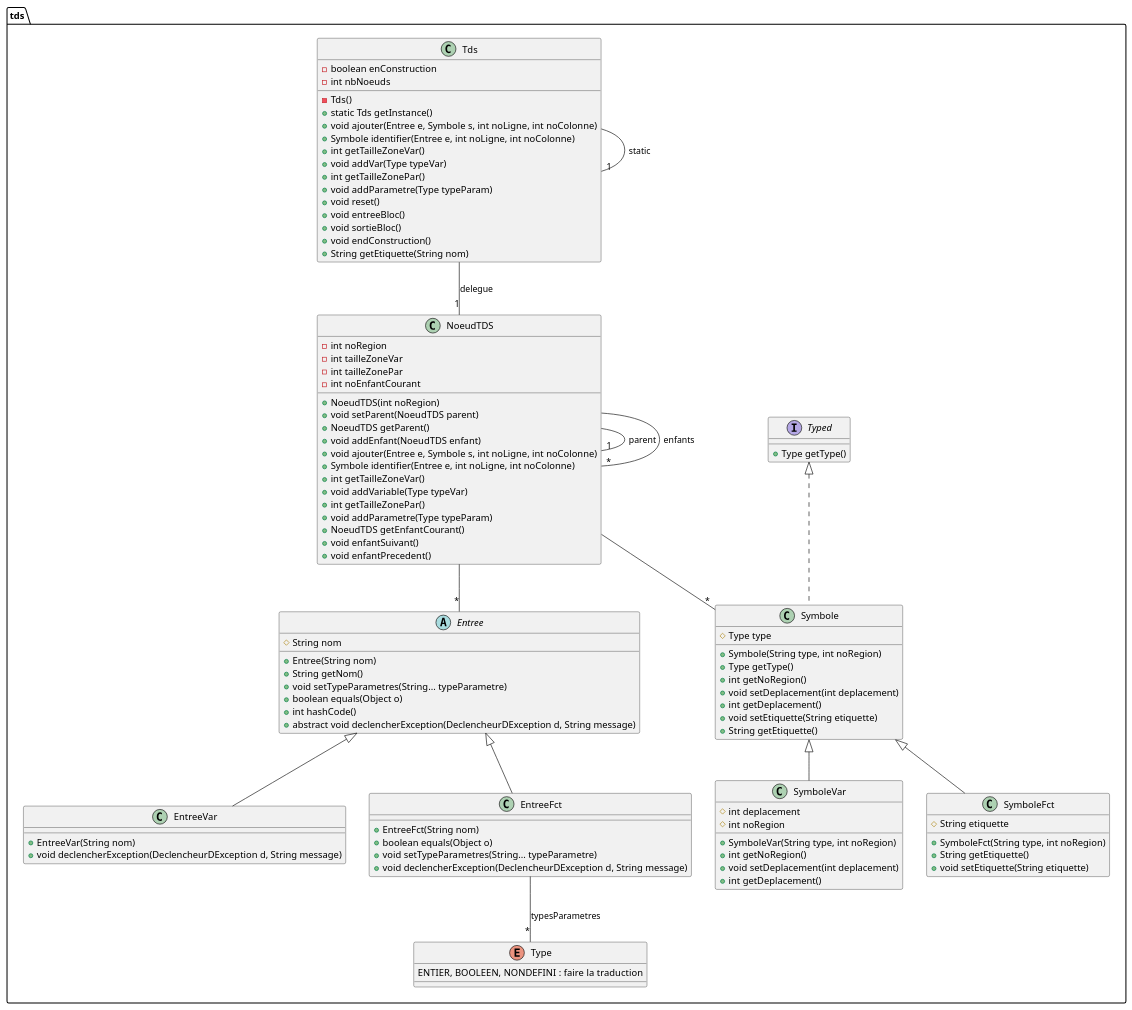
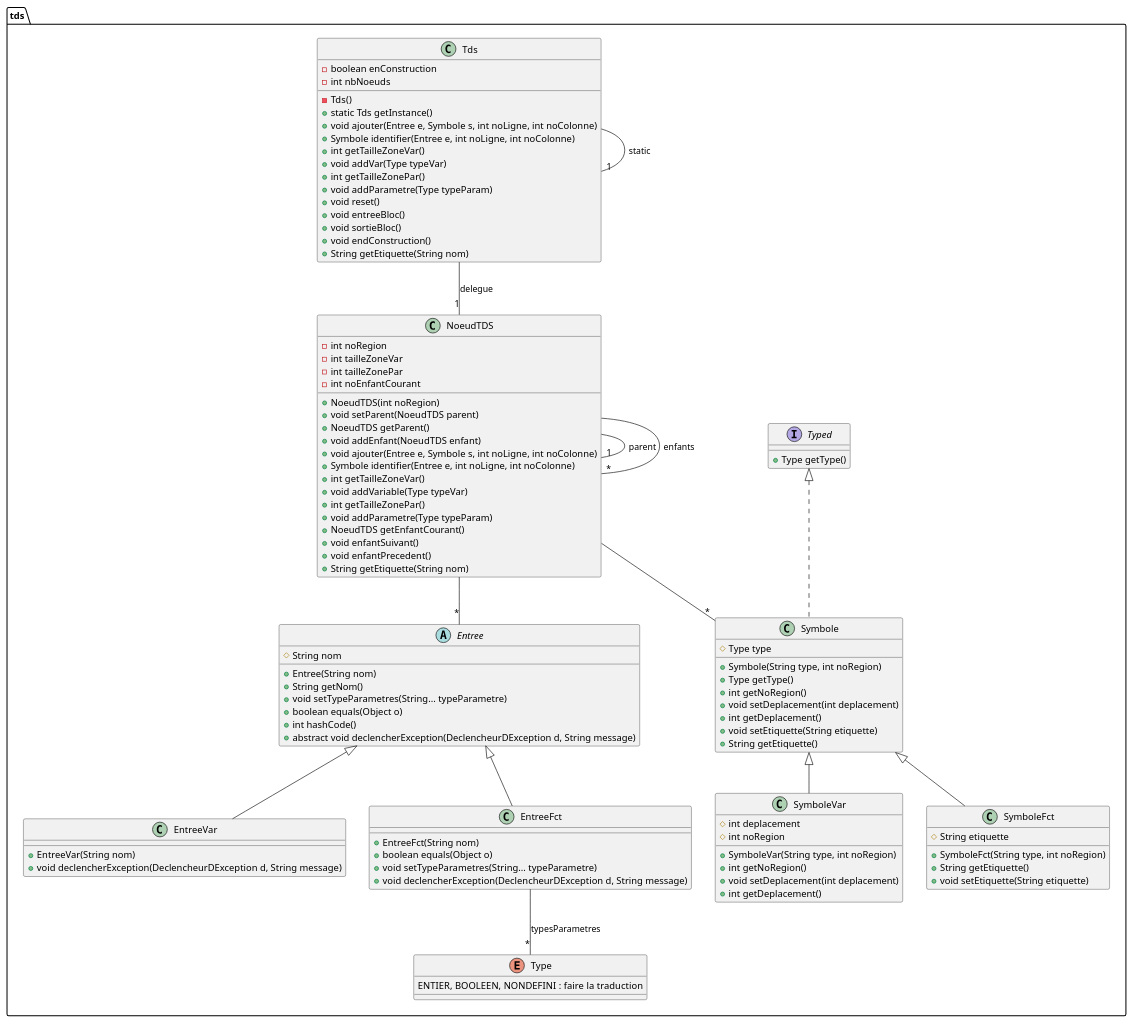
The diagram in src/Diagrammes/tds.puml (wehddn/L3-Compilation-Projet), drawn with PlantUML before and after one commit.

Commit message:
Modification minime de diagramme de NoeudTDS

```diff
--- a/src/Diagrammes/tds.puml
+++ b/src/Diagrammes/tds.puml
@@ -1,116 +1,117 @@
 @startuml
 together {
 	package tds {
 		together {
 
 			class Symbole implements Typed {
 				# Type type
 				+ Symbole(String type, int noRegion)
 				+ Type getType()
 				+ int getNoRegion()
 				+ void setDeplacement(int deplacement)
 				+ int getDeplacement()
 				+ void setEtiquette(String etiquette)
 				+ String getEtiquette()
 			}
 
 			class SymboleVar extends Symbole {
 				# int deplacement
 				# int noRegion
 				+ SymboleVar(String type, int noRegion)
 				+ int getNoRegion()
 				+ void setDeplacement(int deplacement)
 				+ int getDeplacement()
 			}
 
 			class SymboleFct extends Symbole {
 				# String etiquette
 				+ SymboleFct(String type, int noRegion)
 				+ String getEtiquette()
 				+ void setEtiquette(String etiquette)
 			}
 		}
 
 		together {
 			abstract class Entree {
 				# String nom
 				+ Entree(String nom)
 				+ String getNom()
 				+ void setTypeParametres(String... typeParametre)
 				+ boolean equals(Object o)
 				+ int hashCode()
 				+ abstract void declencherException(DeclencheurDException d, String message)
 			}
 
 			class EntreeVar extends Entree {
 				+ EntreeVar(String nom)
 				+ void declencherException(DeclencheurDException d, String message)
 			}
 
 			class EntreeFct extends Entree {
 				+ EntreeFct(String nom)
 				+ boolean equals(Object o)
 				+ void setTypeParametres(String... typeParametre)
 				+ void declencherException(DeclencheurDException d, String message)
 			}
 			EntreeFct --"*" Type : typesParametres
 		}
 
 		together {
 			class Tds {
 				- boolean enConstruction
 				- int nbNoeuds
 				- Tds()
 				+ static Tds getInstance()
 				+ void ajouter(Entree e, Symbole s, int noLigne, int noColonne)
 				+ Symbole identifier(Entree e, int noLigne, int noColonne)
 				+ int getTailleZoneVar()
 				+ void addVar(Type typeVar)
 				+ int getTailleZonePar()
 				+ void addParametre(Type typeParam)
 				+ void reset()
 				+ void entreeBloc()
 				+ void sortieBloc()
 				+ void endConstruction()
 				+ String getEtiquette(String nom)
 			}
 			Tds --"1" NoeudTDS : delegue
 			Tds --"1" Tds : static
 
 			class NoeudTDS {
 				- int noRegion
 				- int tailleZoneVar
 				- int tailleZonePar
 				- int noEnfantCourant
 				+ NoeudTDS(int noRegion)
 				+ void setParent(NoeudTDS parent)
 				+ NoeudTDS getParent()
 				+ void addEnfant(NoeudTDS enfant)
 				+ void ajouter(Entree e, Symbole s, int noLigne, int noColonne)
 				+ Symbole identifier(Entree e, int noLigne, int noColonne)
 				+ int getTailleZoneVar()
 				+ void addVariable(Type typeVar)
 				+ int getTailleZonePar()
 				+ void addParametre(Type typeParam)
 				+ NoeudTDS getEnfantCourant()
 				+ void enfantSuivant()
 				+ void enfantPrecedent()
+				+ String getEtiquette(String nom)
 			}
 			NoeudTDS --"*" Symbole
 			NoeudTDS --"*" Entree
 			NoeudTDS --"1" NoeudTDS : parent
 			NoeudTDS --"*" NoeudTDS : enfants
 		}
 
 		together {
 			enum Type {
 				ENTIER, BOOLEEN, NONDEFINI  : faire la traduction
 			}
 
 			Interface Typed {
 				+ Type getType()
 			}
 		}
 	}
 }
 @enduml
```
